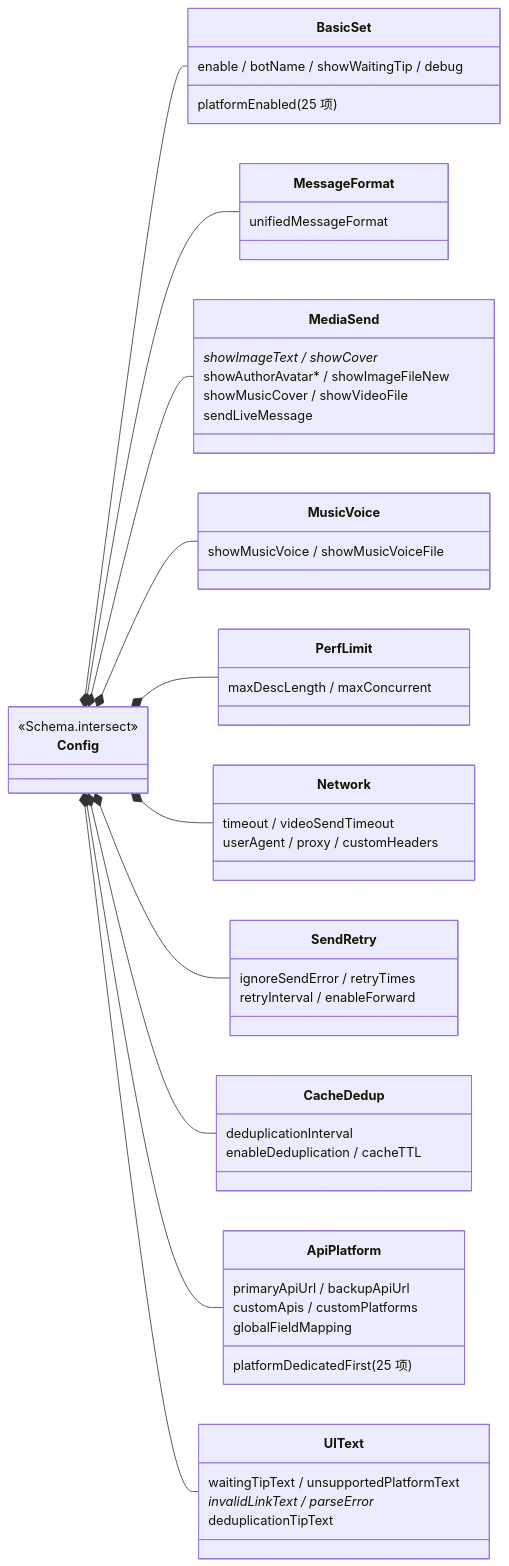
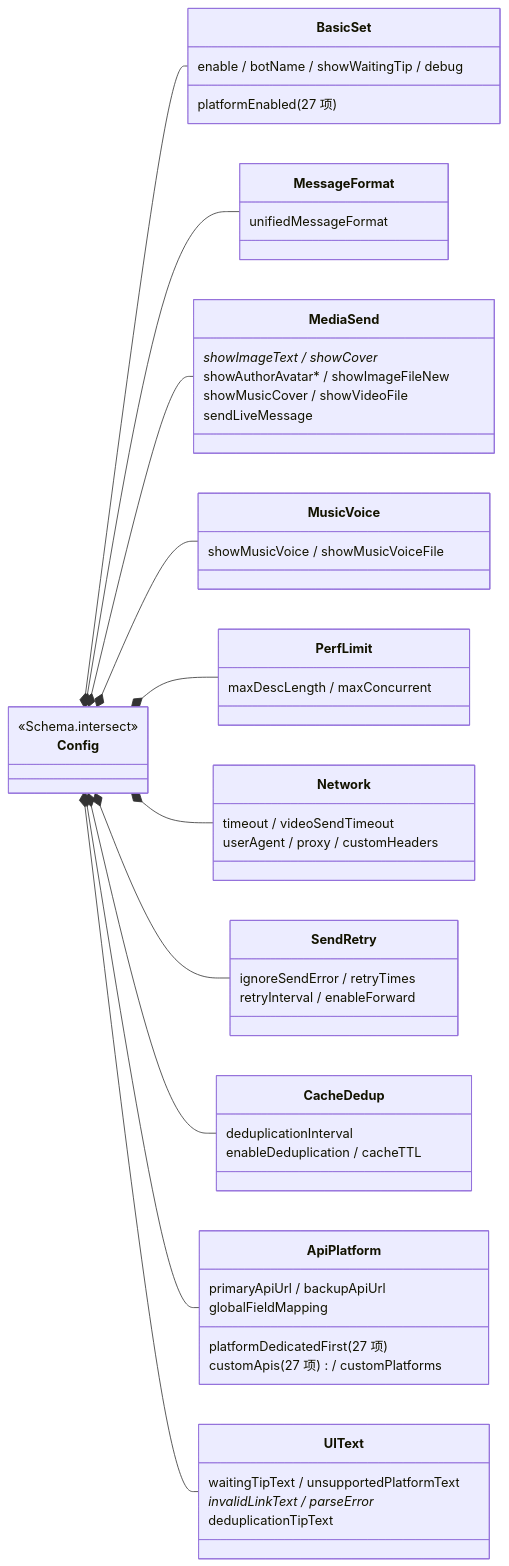
Before and after one commit to char-46/koishi-plugin-video-parser-all: the fourth of 4 diagrams in docs/diagrams/02-class-general.md, drawn with Mermaid. The commit also changed other lines of this file and 2 other files, not shown here.

First line of the commit message:
docs: 更新 UML 以反映拆分后的多模块结构

````diff
--- a/docs/diagrams/02-class-general.md
+++ b/docs/diagrams/02-class-general.md
@@ -267,60 +298,60 @@
 ```mermaid
 classDiagram
     direction LR
     class Config {
         <<Schema.intersect>>
     }
     class BasicSet {
         enable / botName / showWaitingTip / debug
-        platformEnabled (25 项)
+        platformEnabled (27 项)
     }
     class MessageFormat {
         unifiedMessageFormat
     }
     class MediaSend {
         showImageText / showCover*
         showAuthorAvatar* / showImageFileNew
         showMusicCover / showVideoFile
         sendLiveMessage
     }
     class MusicVoice {
         showMusicVoice / showMusicVoiceFile
     }
     class PerfLimit {
         maxDescLength / maxConcurrent
     }
     class Network {
         timeout / videoSendTimeout
         userAgent / proxy / customHeaders
     }
     class SendRetry {
         ignoreSendError / retryTimes
         retryInterval / enableForward
     }
     class CacheDedup {
         deduplicationInterval
         enableDeduplication / cacheTTL
     }
     class ApiPlatform {
         primaryApiUrl / backupApiUrl
-        platformDedicatedFirst (25 项)
-        customApis / customPlatforms
+        platformDedicatedFirst (27 项)
+        customApis (27 项) / customPlatforms
         globalFieldMapping
     }
     class UIText {
         waitingTipText / unsupportedPlatformText
         invalidLinkText / parseError*
         deduplicationTipText
     }
 
     Config *-- BasicSet
     Config *-- MessageFormat
     Config *-- MediaSend
     Config *-- MusicVoice
     Config *-- PerfLimit
     Config *-- Network
     Config *-- SendRetry
     Config *-- CacheDedup
     Config *-- ApiPlatform
     Config *-- UIText
 ```
````
